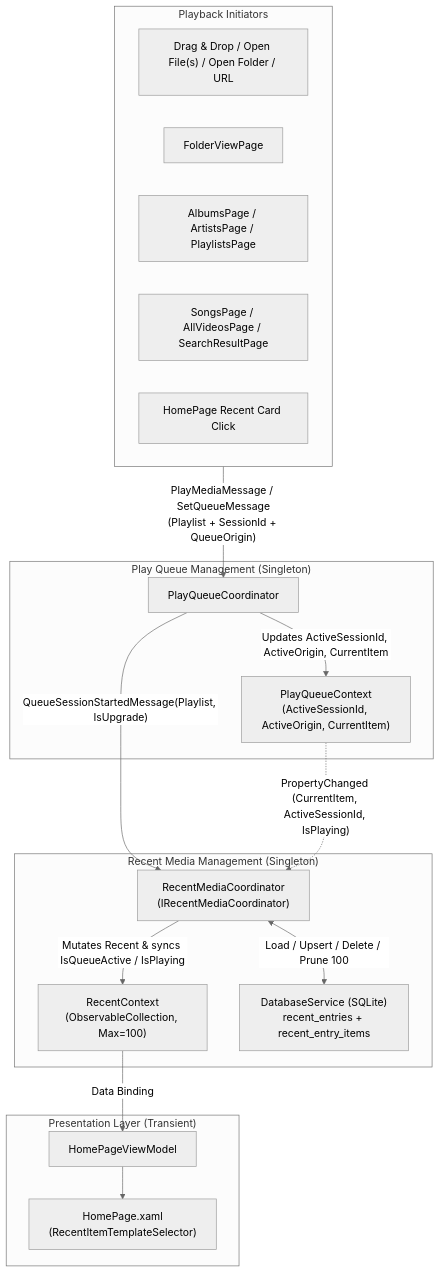
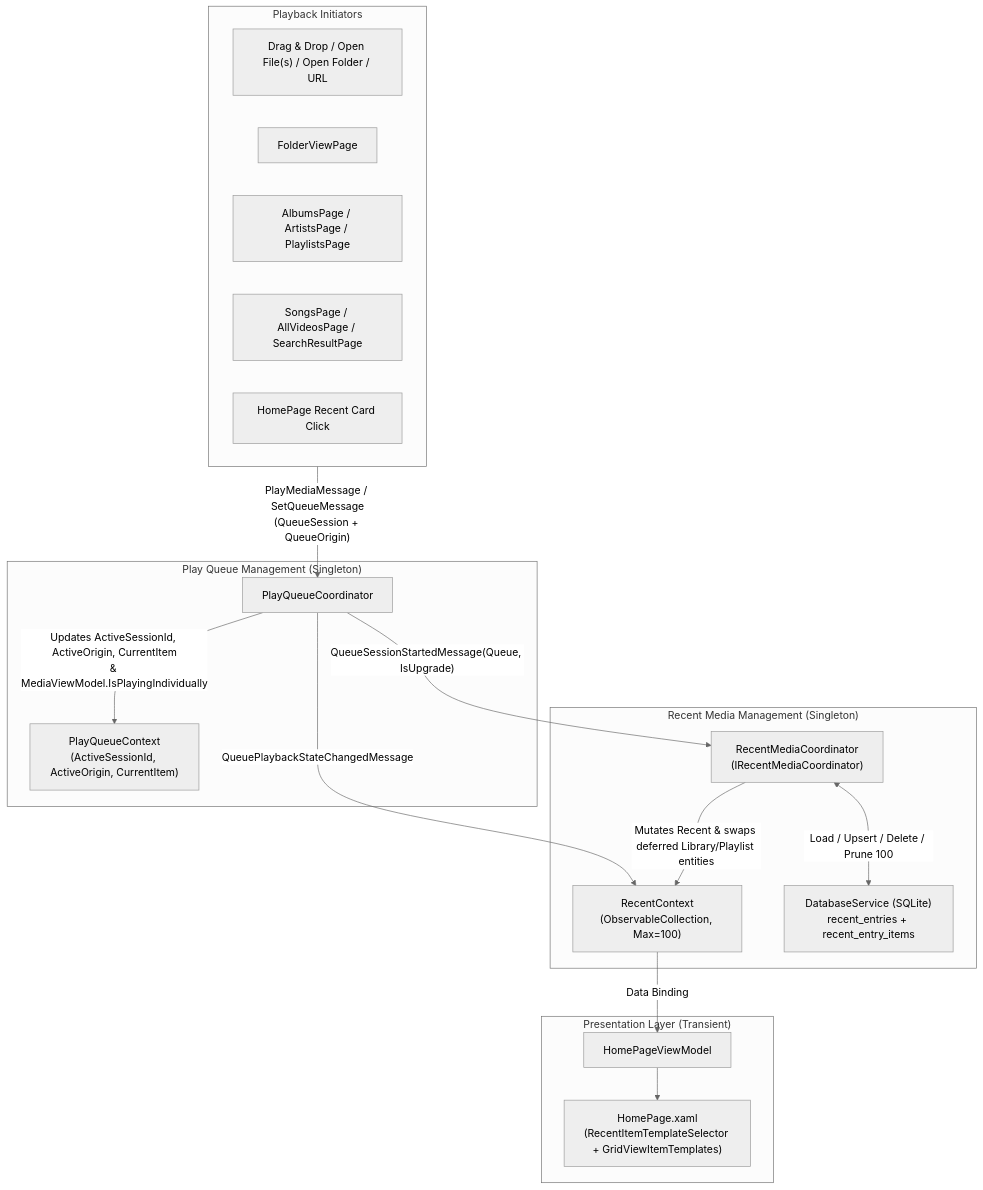
Before and after one commit to huynhsontung/Screenbox: the diagram in docs/RECENT_MEDIA_TRACKING.md, drawn with Mermaid (neutral theme). The commit also changed other lines of this file and 44 other files, not shown here.

Commit message:
refactor(core): replace recent queue snapshots with live origin shortcuts and IRecentItem

````diff
--- a/docs/RECENT_MEDIA_TRACKING.md
+++ b/docs/RECENT_MEDIA_TRACKING.md
@@ -38,35 +39,35 @@
 ```mermaid
 flowchart TD
     subgraph PlaybackInitiators["Playback Initiators"]
         Drop["Drag & Drop / Open File(s) / Open Folder / URL"]
         FolderView["FolderViewPage"]
         Library["AlbumsPage / ArtistsPage / PlaylistsPage"]
         LibWide["SongsPage / AllVideosPage / SearchResultPage"]
         HomeCard["HomePage Recent Card Click"]
     end
 
     subgraph CoreQueue["Play Queue Management (Singleton)"]
         PQC["PlayQueueCoordinator"]
         PQContext["PlayQueueContext\n(ActiveSessionId, ActiveOrigin, CurrentItem)"]
     end
 
     subgraph RecentManagement["Recent Media Management (Singleton)"]
         RMC["RecentMediaCoordinator\n(IRecentMediaCoordinator)"]
-        RContext["RecentContext\n(ObservableCollection<RecentItemViewModel>, Max=100)"]
+        RContext["RecentContext\n(ObservableCollection<IRecentItem>, Max=100)"]
         DB["DatabaseService (SQLite)\nrecent_entries + recent_entry_items"]
     end
 
     subgraph UI["Presentation Layer (Transient)"]
         HPVM["HomePageViewModel"]
-        HP["HomePage.xaml\n(RecentItemTemplateSelector)"]
+        HP["HomePage.xaml\n(RecentItemTemplateSelector + GridViewItemTemplates)"]
     end
 
-    PlaybackInitiators -->|"PlayMediaMessage / SetQueueMessage\n(Playlist + SessionId + QueueOrigin)"| PQC
-    PQC -->|"Updates ActiveSessionId, ActiveOrigin, CurrentItem"| PQContext
-    PQC -->|"QueueSessionStartedMessage(Playlist, IsUpgrade)"| RMC
-    PQContext -.->|"PropertyChanged (CurrentItem, ActiveSessionId, IsPlaying)"| RMC
+    PlaybackInitiators -->|"PlayMediaMessage / SetQueueMessage\n(QueueSession + QueueOrigin)"| PQC
+    PQC -->|"Updates ActiveSessionId, ActiveOrigin, CurrentItem\n& MediaViewModel.IsPlayingIndividually"| PQContext
+    PQC -->|"QueuePlaybackStateChangedMessage"| RContext
+    PQC -->|"QueueSessionStartedMessage(Queue, IsUpgrade)"| RMC
     RMC <-->|"Load / Upsert / Delete / Prune 100"| DB
-    RMC -->|"Mutates Recent & syncs IsQueueActive / IsPlaying"| RContext
+    RMC -->|"Mutates Recent & swaps deferred Library/Playlist entities"| RContext
     RContext -->|"Data Binding"| HPVM
     HPVM --> HP
 ```
````
